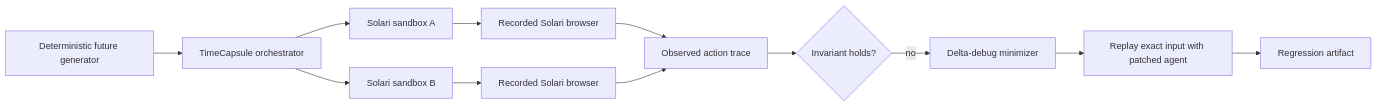
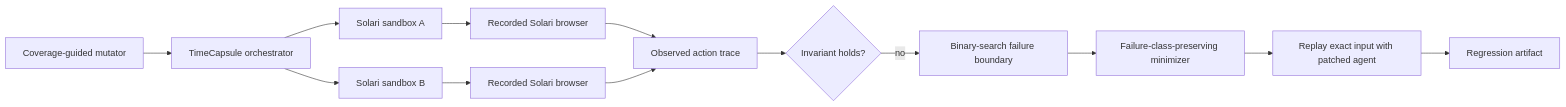
Before and after one commit to qeinstein/solari-cookbook: the diagram in examples/timecapsule-py/README.md, drawn with Mermaid. The commit also changed other lines of this file and 13 other files, not shown here.

````diff
--- a/examples/timecapsule-py/README.md
+++ b/examples/timecapsule-py/README.md
@@ -39,14 +42,15 @@
 ```mermaid
 flowchart LR
-  G[Deterministic future generator] --> O[TimeCapsule orchestrator]
+  G[Coverage-guided mutator] --> O[TimeCapsule orchestrator]
   O --> S1[Solari sandbox A]
   O --> S2[Solari sandbox B]
   S1 --> B1[Recorded Solari browser]
   S2 --> B2[Recorded Solari browser]
   B1 --> T[Observed action trace]
   B2 --> T
   T --> I{Invariant holds?}
-  I -- no --> M[Delta-debug minimizer]
+  I -- no --> B[Binary-search failure boundary]
+  B --> M[Failure-class-preserving minimizer]
   M --> R[Replay exact input with patched agent]
   R --> X[Regression artifact]
 ```
````
